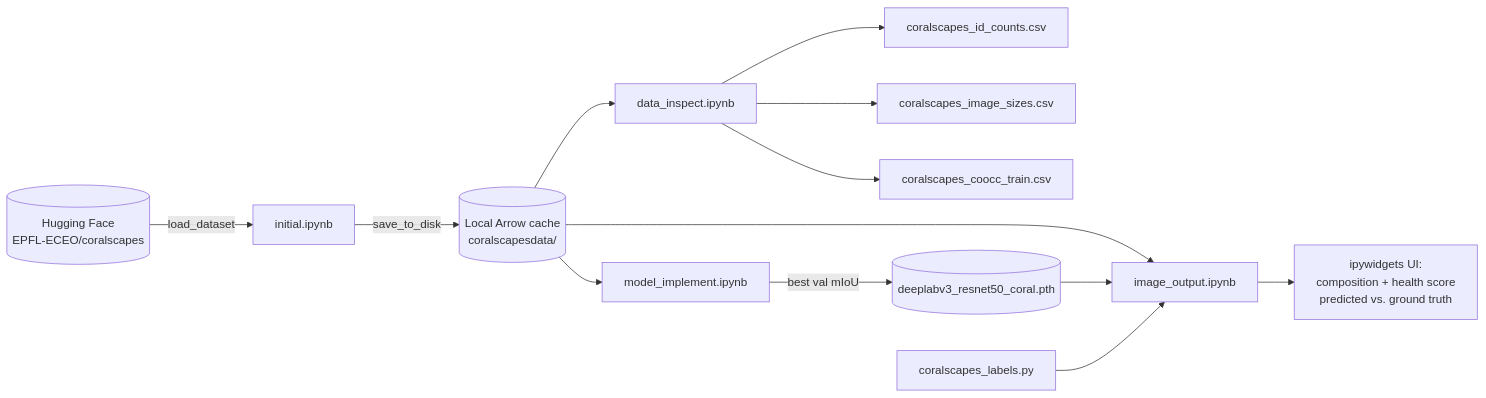
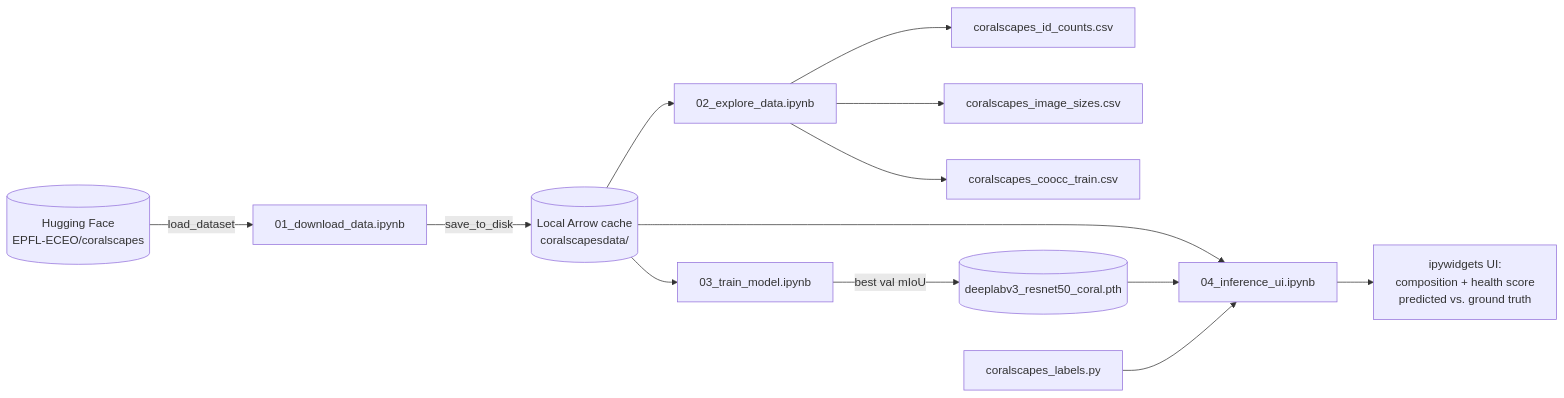
Before and after one commit to arnovcs/Coral-health-classification: the diagram in ARCHITECTURE.md, drawn with Mermaid. The commit also changed other lines of this file and 16 other files, not shown here.

````diff
--- a/ARCHITECTURE.md
+++ b/ARCHITECTURE.md
@@ -46,18 +56,18 @@
 ```mermaid
 flowchart LR
-    HF[(Hugging Face<br/>EPFL-ECEO/coralscapes)] -->|load_dataset| INIT[initial.ipynb]
+    HF[(Hugging Face<br/>EPFL-ECEO/coralscapes)] -->|load_dataset| INIT[01_download_data.ipynb]
     INIT -->|save_to_disk| DISK[(Local Arrow cache<br/>coralscapesdata/)]
 
-    DISK --> EDA[data_inspect.ipynb]
+    DISK --> EDA[02_explore_data.ipynb]
     EDA --> CSV1[coralscapes_id_counts.csv]
     EDA --> CSV2[coralscapes_image_sizes.csv]
     EDA --> CSV3[coralscapes_coocc_train.csv]
 
-    DISK --> TRAIN[model_implement.ipynb]
+    DISK --> TRAIN[03_train_model.ipynb]
     TRAIN -->|best val mIoU| CKPT[(deeplabv3_resnet50_coral.pth)]
 
-    DISK --> INF[image_output.ipynb]
+    DISK --> INF[04_inference_ui.ipynb]
     CKPT --> INF
     LBL[coralscapes_labels.py] --> INF
     INF --> UI[ipywidgets UI:<br/>composition + health score<br/>predicted vs. ground truth]
 ```
````
